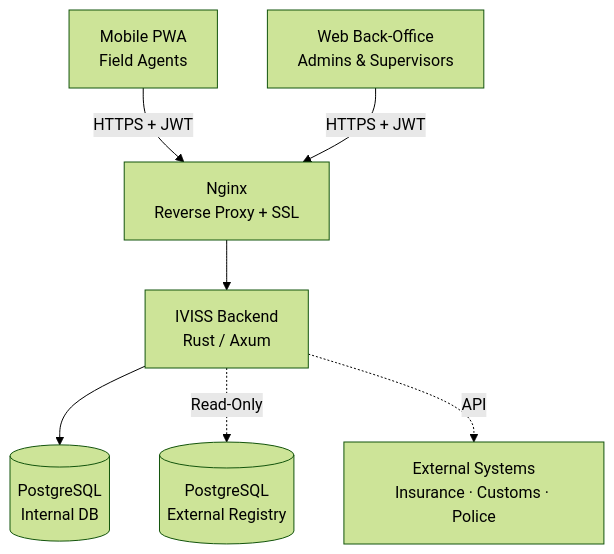
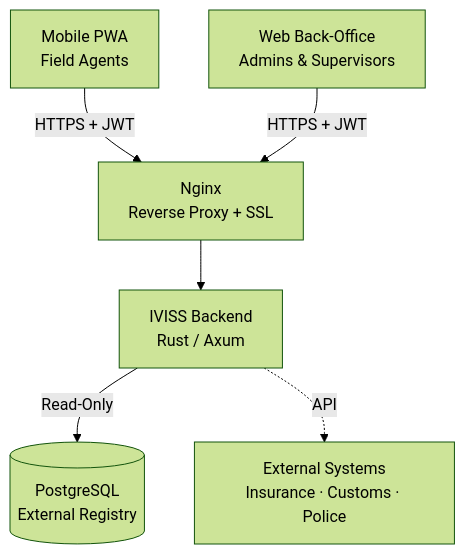
One commit to skyengpro/iviss changed the diagram in docs/iviss_deployment_guide.md. Above: the diagram before and after it, drawn with Mermaid (forest theme). The commit also changed other lines of this file and 1 other file, not shown here.

Commit message:
fix: Internal PostgreSQL removed from both the component table and the architecture diagram

````diff
--- a/docs/iviss_deployment_guide.md
+++ b/docs/iviss_deployment_guide.md
@@ -61,9 +61,8 @@
 ```mermaid
 graph TD
     A[Mobile PWA\nField Agents] -->|HTTPS + JWT| C[Nginx\nReverse Proxy + SSL]
     B[Web Back-Office\nAdmins & Supervisors] -->|HTTPS + JWT| C
     C --> D[IVISS Backend\nRust / Axum]
-    D --> E[(PostgreSQL\nInternal DB)]
-    D -.->|Read-Only| F[(PostgreSQL\nExternal Registry)]
+    D -->|Read-Only| F[(PostgreSQL\nExternal Registry)]
     D -.->|API| G[External Systems\nInsurance · Customs · Police]
 ```
````
